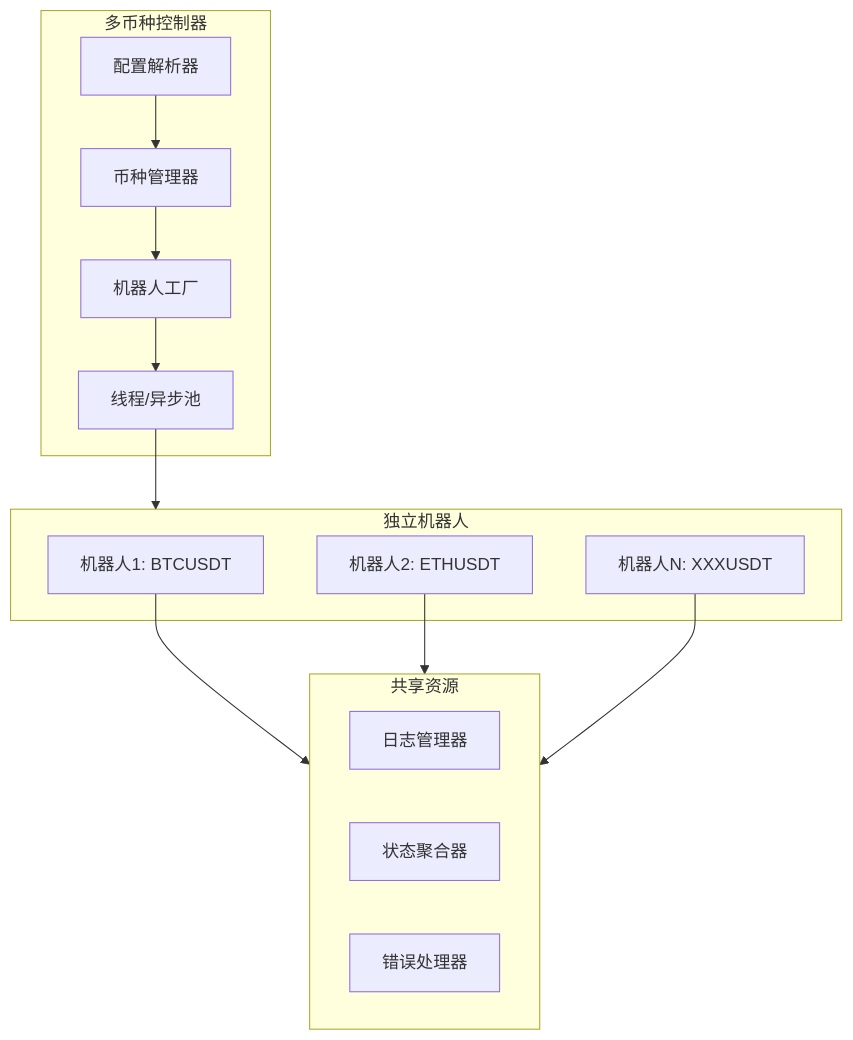
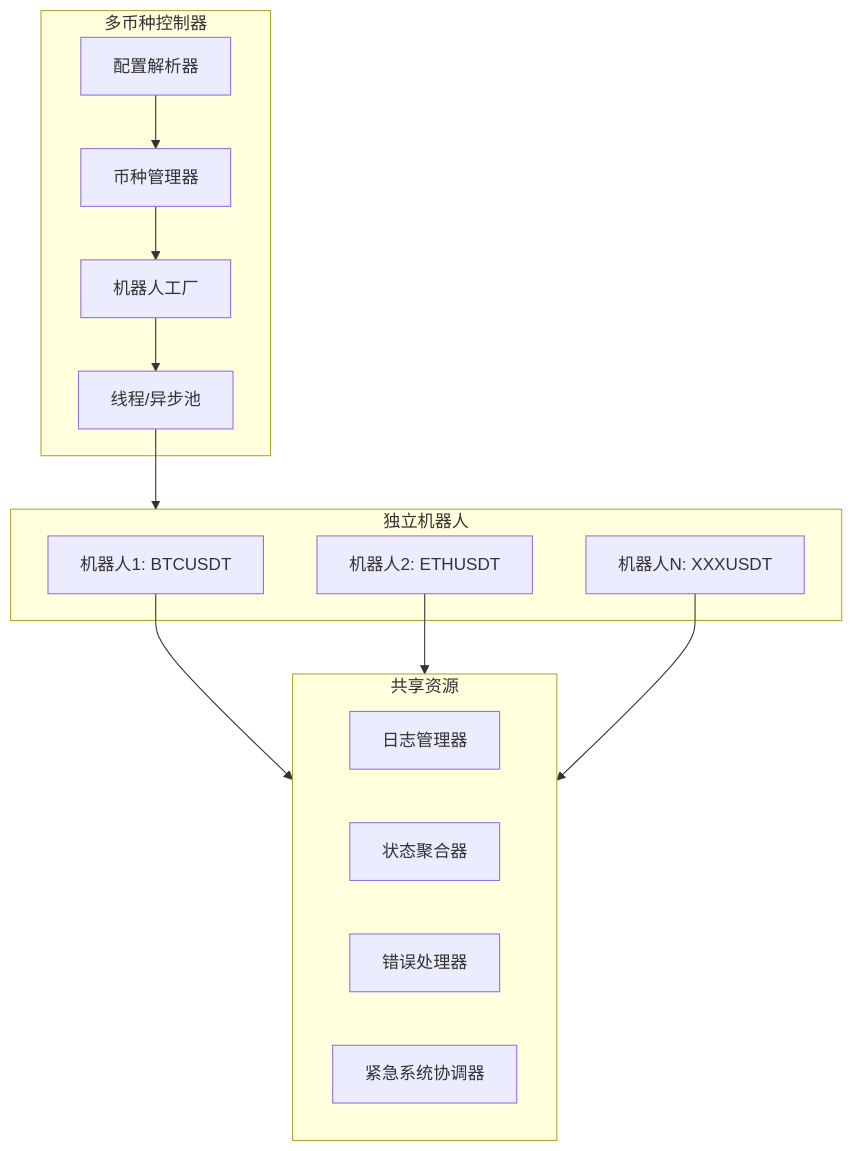
Before and after one commit to aoooeg/AS-Grid: the third of 4 diagrams in docs/README_ZN.md, drawn with Mermaid. The commit also changed other lines of this file and 2 other files, not shown here.

````diff
--- a/docs/README_ZN.md
+++ b/docs/README_ZN.md
@@ -145,25 +167,26 @@
 ```mermaid
 flowchart TB
     subgraph Controller["多币种控制器"]
         A2[配置解析器] --> B2[币种管理器]
         B2 --> C2[机器人工厂]
         C2 --> D2[线程/异步池]
     end
 
     subgraph Bots["独立机器人"]
         E2[机器人1: BTCUSDT]
         F2[机器人2: ETHUSDT]
         G2[机器人N: XXXUSDT]
     end
 
     subgraph Shared["共享资源"]
         H2[日志管理器]
         I2[状态聚合器]
         J2[错误处理器]
+        K2[紧急系统协调器]
     end
 
     D2 --> Bots
     E2 --> Shared
     F2 --> Shared
     G2 --> Shared
 ```
````
